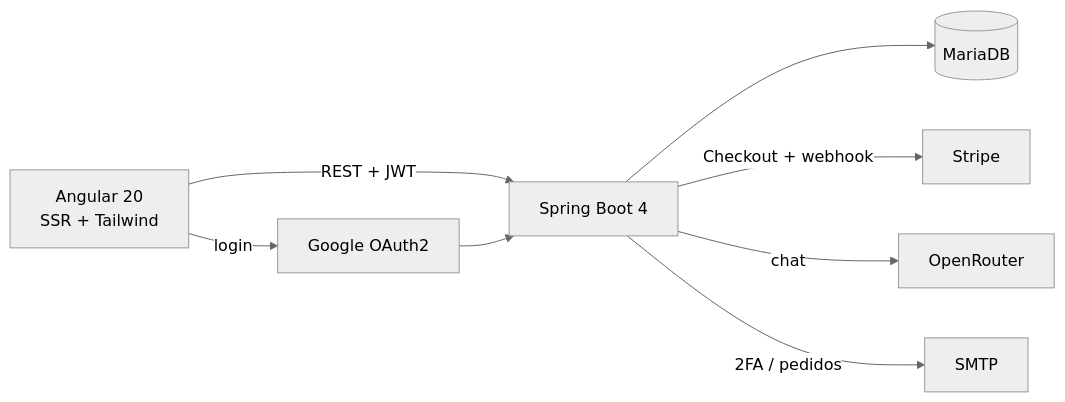
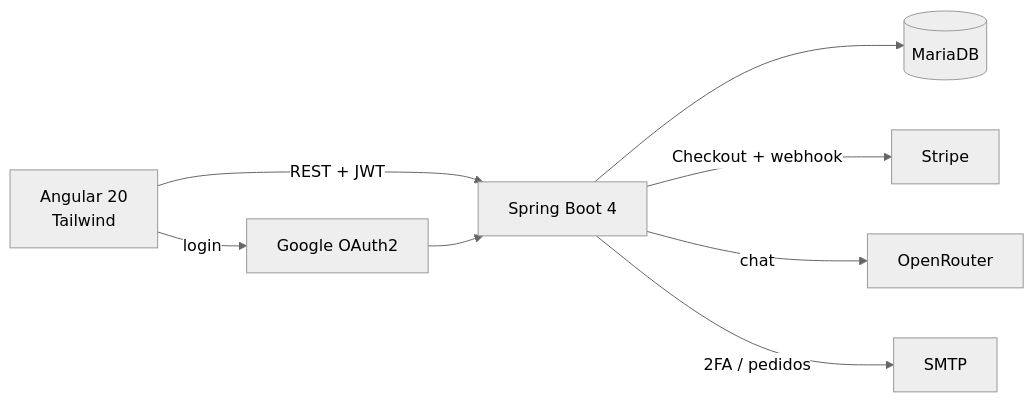
One commit to Daniel-goga-GIT/gogaming changed the diagram in README.md. Above: the diagram before and after it, drawn with Mermaid (neutral theme). The commit also changed other lines of this file and 6 other files, not shown here.

````diff
--- a/README.md
+++ b/README.md
@@ -53,9 +53,9 @@
 ```mermaid
 flowchart LR
-  A[Angular 20<br/>SSR + Tailwind] -- REST + JWT --> B[Spring Boot 4]
+  A[Angular 20<br/>Tailwind] -- REST + JWT --> B[Spring Boot 4]
   B --> C[(MariaDB)]
   B -- Checkout + webhook --> D[Stripe]
   B -- chat --> E[OpenRouter]
   B -- 2FA / pedidos --> F[SMTP]
   A -- login --> G[Google OAuth2] --> B
 ```
````
